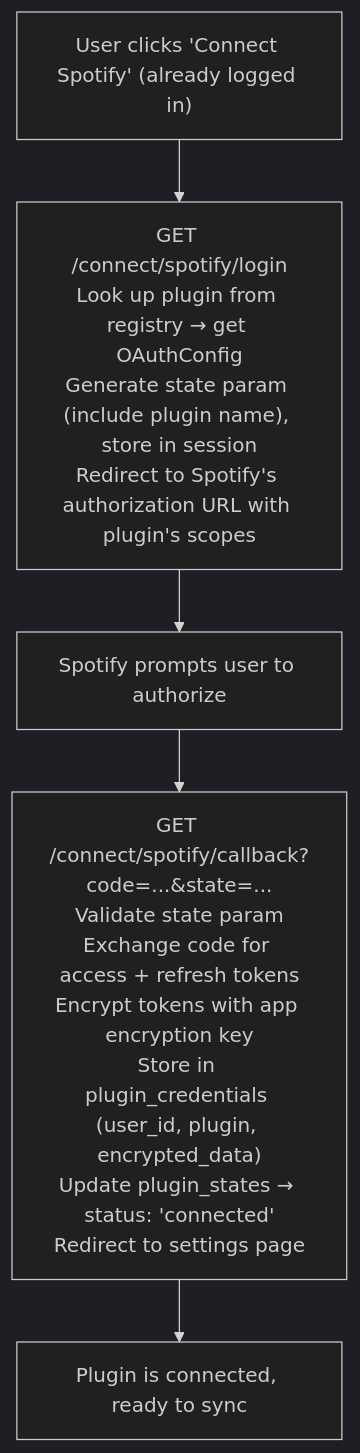
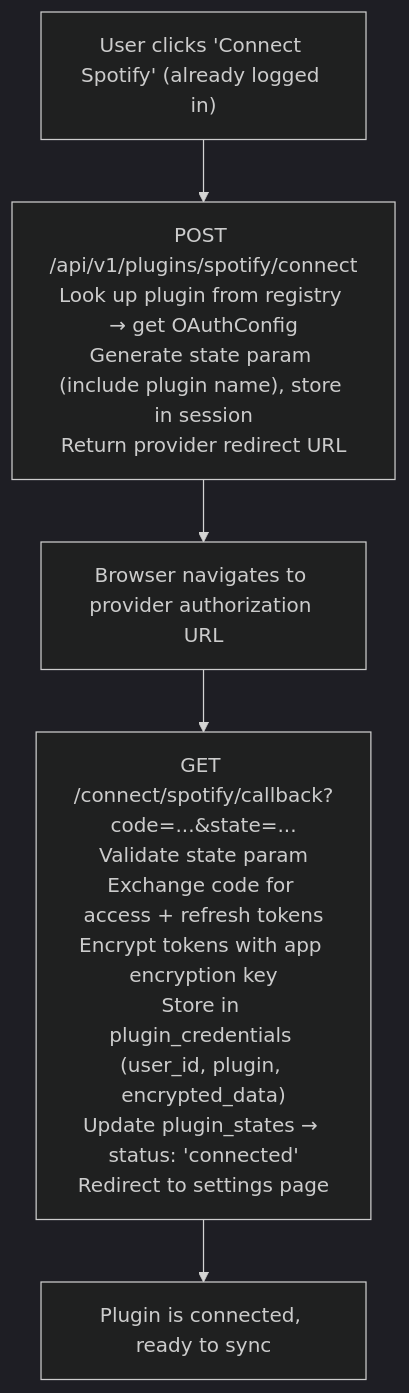
The second of 3 diagrams in docs/auth.md (justEstif/specto), drawn with Mermaid (dark theme) before and after one commit. The commit also changed other lines of this file and 8 other files, not shown here.

````diff
--- a/docs/auth.md
+++ b/docs/auth.md
@@ -165,7 +181,7 @@
 ```mermaid
 flowchart TD
-    A["User clicks 'Connect Spotify' (already logged in)"] --> B["GET /connect/spotify/login<br/>Look up plugin from registry → get OAuthConfig<br/>Generate state param (include plugin name), store in session<br/>Redirect to Spotify's authorization URL with plugin's scopes"]
-    B --> C["Spotify prompts user to authorize"]
+    A["User clicks 'Connect Spotify' (already logged in)"] --> B["POST /api/v1/plugins/spotify/connect<br/>Look up plugin from registry → get OAuthConfig<br/>Generate state param (include plugin name), store in session<br/>Return provider redirect URL"]
+    B --> C["Browser navigates to provider authorization URL"]
     C --> D["GET /connect/spotify/callback?code=...&state=...<br/>Validate state param<br/>Exchange code for access + refresh tokens<br/>Encrypt tokens with app encryption key<br/>Store in plugin_credentials (user_id, plugin, encrypted_data)<br/>Update plugin_states → status: 'connected'<br/>Redirect to settings page"]
     D --> E["Plugin is connected, ready to sync"]
 ```
````
